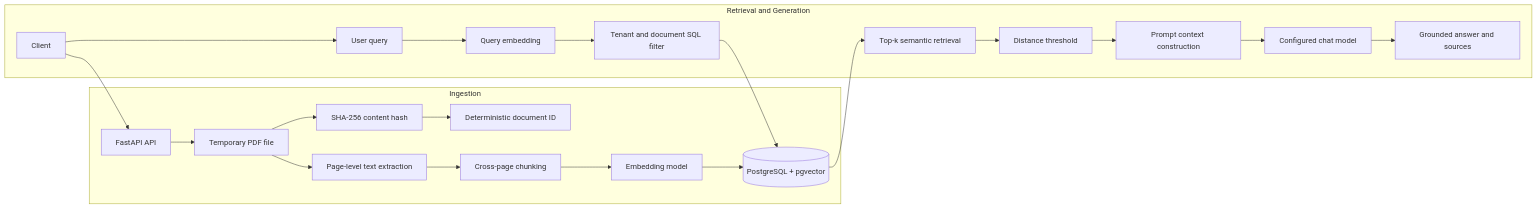
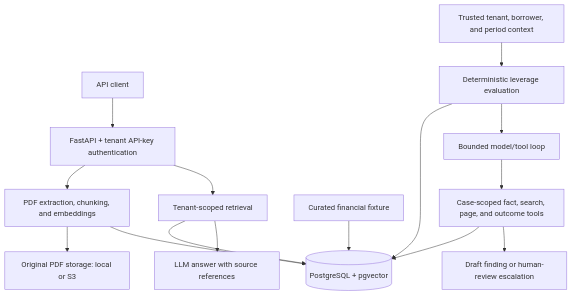
Before and after one commit to yuezf/credit-surveillance-platform: the diagram in README.md, drawn with Mermaid. The commit also changed other lines of this file, not shown here.

Commit message:
Rewrite README around system architecture and operations

````diff
--- a/README.md
+++ b/README.md
@@ -78,26 +24,18 @@
 ```mermaid
-flowchart LR
-    U[Client] --> API[FastAPI API]
+flowchart TB
+    Client[API client] --> API[FastAPI + tenant API-key authentication]
+    API --> Ingest[PDF extraction, chunking, and embeddings]
+    Ingest --> Originals[Original PDF storage: local or S3]
+    Ingest --> DB[(PostgreSQL + pgvector)]
+    API --> Retrieval[Tenant-scoped retrieval]
+    Retrieval --> DB
+    Retrieval --> Answer[LLM answer with source references]
 
-    subgraph Ingestion
-        API --> T[Temporary PDF file]
-        T --> H[SHA-256 content hash]
-        H --> ID[Deterministic document ID]
-        T --> P[Page-level text extraction]
-        P --> C[Cross-page chunking]
-        C --> E[Embedding model]
-        E --> V[(PostgreSQL + pgvector)]
-    end
-
-    subgraph Retrieval and Generation
-        U --> Q[User query]
-        Q --> QE[Query embedding]
-        QE --> F[Tenant and document SQL filter]
-        F --> V
-        V --> R[Top-k semantic retrieval]
-        R --> D[Distance threshold]
-        D --> CTX[Prompt context construction]
-        CTX --> LLM[Configured chat model]
-        LLM --> A[Grounded answer and sources]
-    end
+    Fixture[Curated financial fixture] --> DB
+    Case[Trusted tenant, borrower, and period context] --> Rules[Deterministic leverage evaluation]
+    Rules --> DB
+    Rules --> Agent[Bounded model/tool loop]
+    Agent --> Tools[Case-scoped fact, search, page, and outcome tools]
+    Tools --> DB
+    Tools --> Outcome[Draft finding or human-review escalation]
 ```
````
